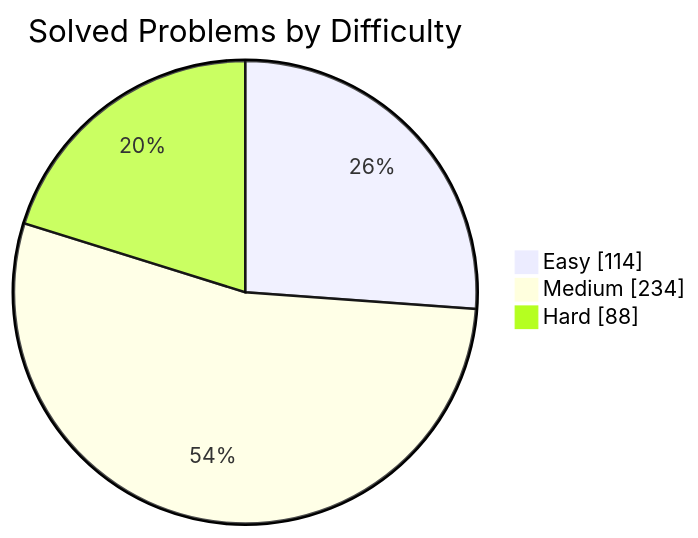
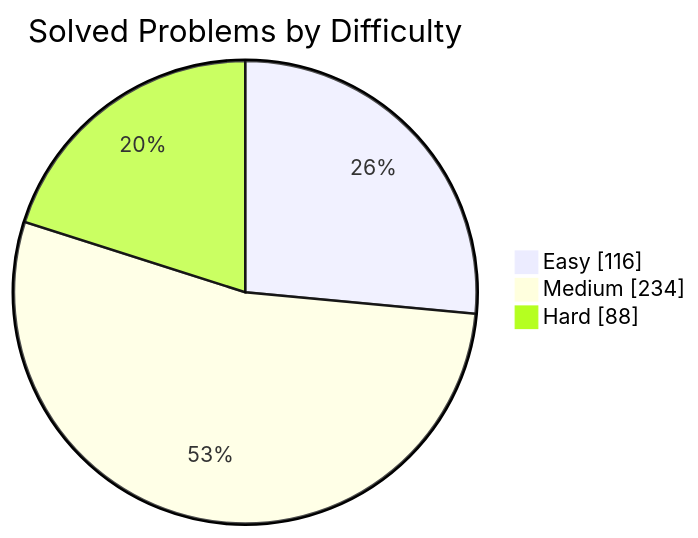
The first of 2 diagrams in README.md (manikantbindass/DSA-Preparation-FAANG), drawn with Mermaid before and after one commit. The commit also changed other lines of this file and 1 other file, not shown here.

````diff
--- a/README.md
+++ b/README.md
@@ -77,7 +77,7 @@
 ```mermaid
 pie showData
     title Solved Problems by Difficulty
-    "Easy" : 114
+    "Easy" : 116
     "Medium" : 234
     "Hard" : 88
 ```
````
